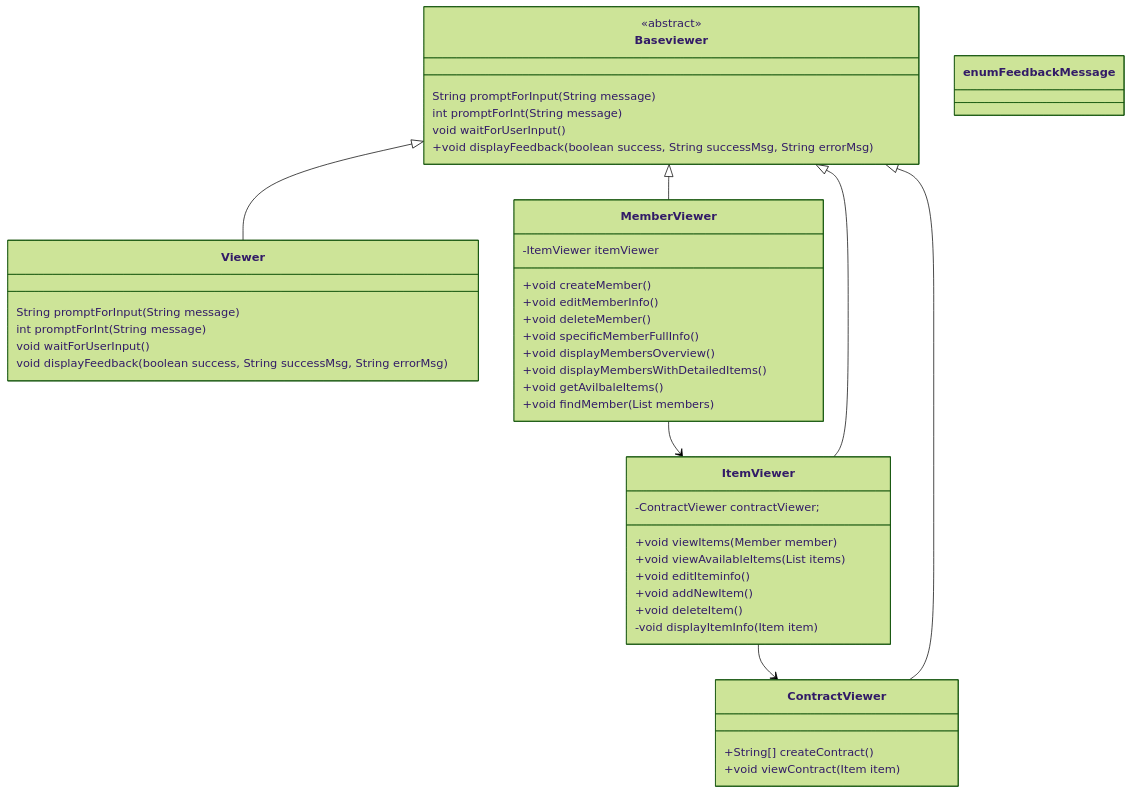
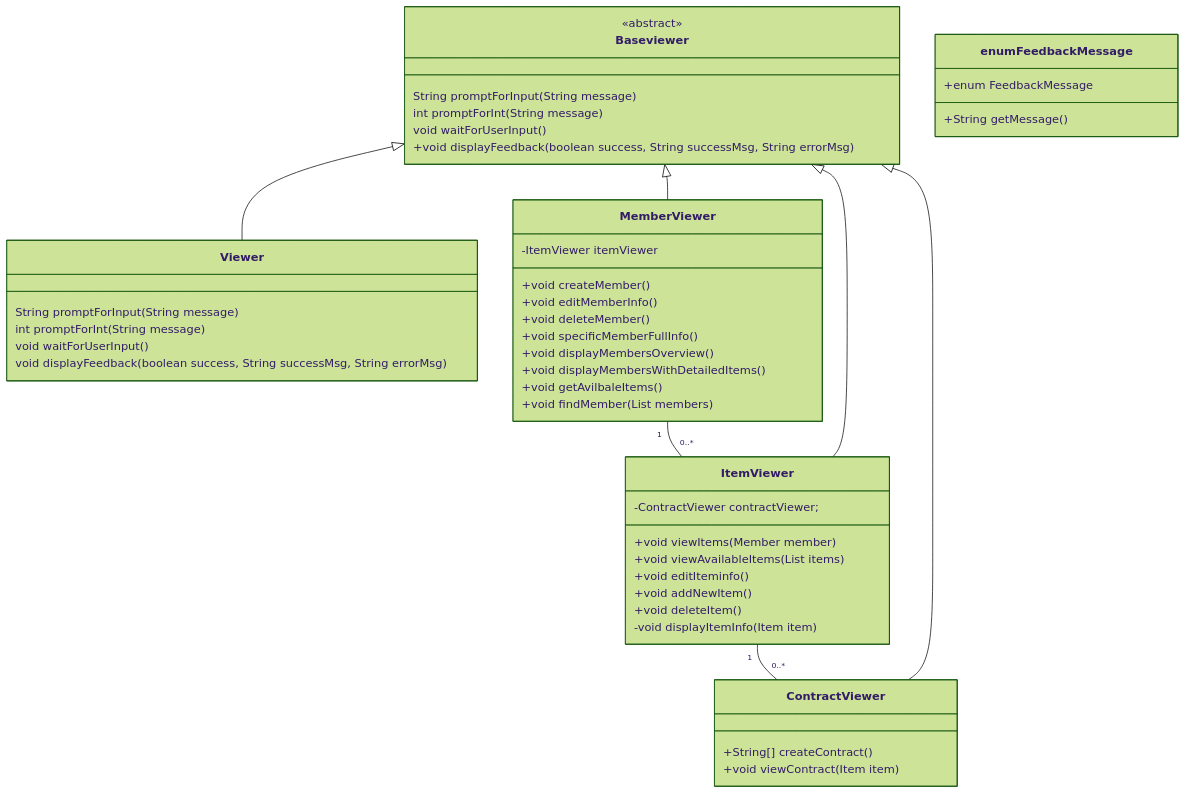
Before and after one commit to ashkar99/Stuff-Lending-System: the fourth of 5 diagrams in design.md, drawn with Mermaid (forest theme).

Commit message:
Update file design.md

````diff
--- a/design.md
+++ b/design.md
@@ -353,55 +353,56 @@
 ```mermaid
 classDiagram
     class Baseviewer {
         <<abstract>>
         String promptForInput(String message)
         int promptForInt(String message)
         void waitForUserInput()
         +void displayFeedback(boolean success, String successMsg, String errorMsg)
     }
 
     class enum FeedbackMessage {
-
-    }
+        +enum FeedbackMessage
+        +String getMessage()
+    }   
     class Viewer {
         String promptForInput(String message)
         int promptForInt(String message)
         void waitForUserInput()
         void displayFeedback(boolean success, String successMsg, String errorMsg)
     }
     class MemberViewer {
         -ItemViewer itemViewer
         +void createMember()
         +void editMemberInfo()
         +void deleteMember()
         +void specificMemberFullInfo()
         +void displayMembersOverview()
         +void displayMembersWithDetailedItems()
         +void getAvilbaleItems()
         +void findMember(List<Member> members)
     }
 
     class ItemViewer {
         -ContractViewer contractViewer;
         +void viewItems(Member member)
         +void viewAvailableItems(List<Item> items)
         +void editIteminfo()
         +void addNewItem()
         +void deleteItem()
         -void displayItemInfo(Item item)
     }
 
     class ContractViewer {
         +String[] createContract()
         +void viewContract(Item item)
 
     }
-    MemberViewer  -->  ItemViewer
-    ItemViewer  --> ContractViewer
+    MemberViewer "1"--"0..*"  ItemViewer 
+    ItemViewer  "1"--"0..*"  ContractViewer 
     Baseviewer <|-- Viewer
     Baseviewer <|-- ItemViewer
     Baseviewer <|-- ContractViewer
     Baseviewer <|-- MemberViewer
 
    
 ```
````
